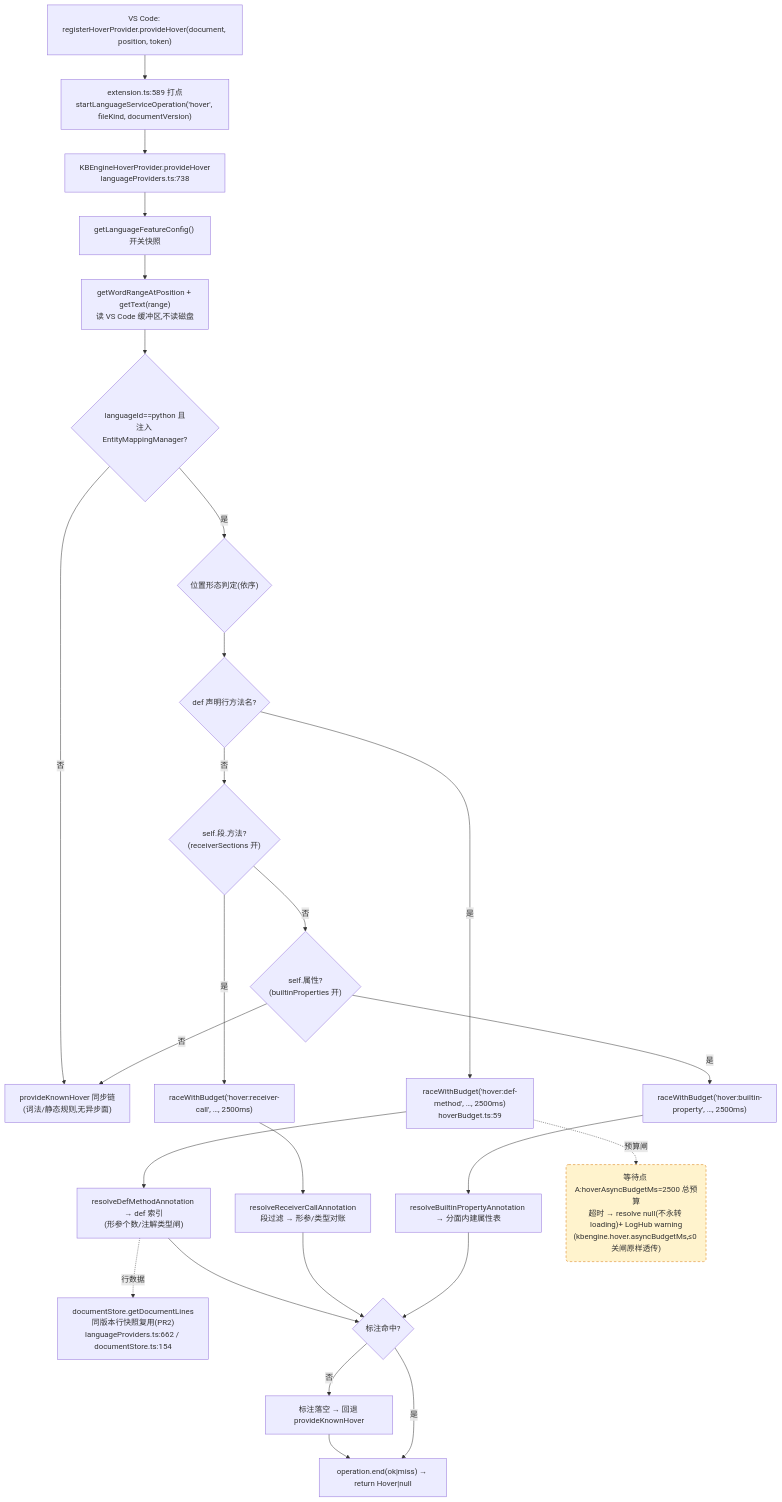
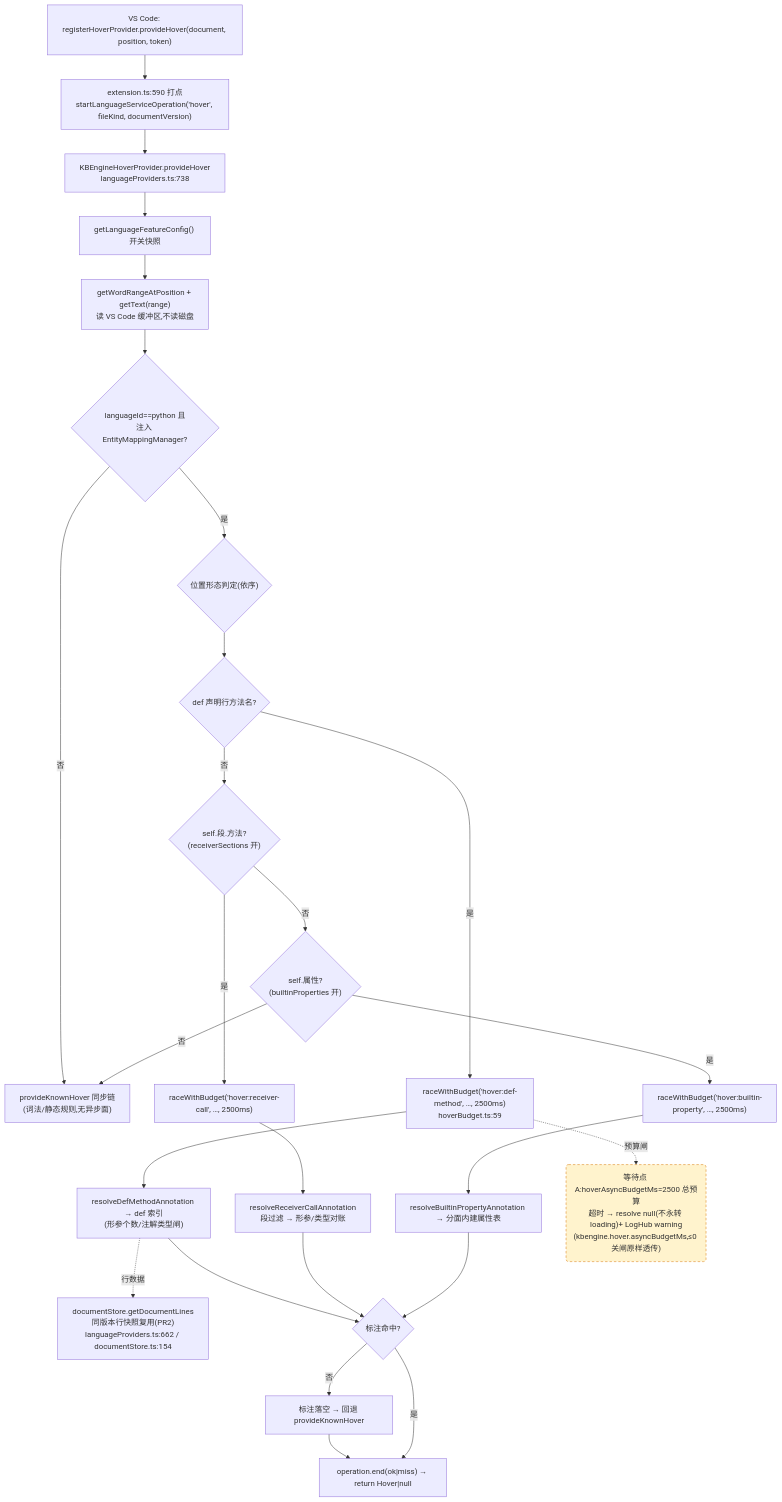
Before and after one commit to cuihairu/kode: the first of 4 diagrams in docs/perf/2026-baseline.md, drawn with Mermaid. The commit also changed other lines of this file and 9 other files, not shown here.

````diff
--- a/docs/perf/2026-baseline.md
+++ b/docs/perf/2026-baseline.md
@@ -82,45 +82,45 @@
 ```mermaid
 flowchart TD
   VC1["VS Code: registerHoverProvider.provideHover(document, position, token)"]
-  M1["extension.ts:589 打点<br/>startLanguageServiceOperation('hover', fileKind, documentVersion)"]
+  M1["extension.ts:590 打点<br/>startLanguageServiceOperation('hover', fileKind, documentVersion)"]
   HP["KBEngineHoverProvider.provideHover<br/>languageProviders.ts:738"]
   CFG["getLanguageFeatureConfig() 开关快照"]
   WORD["getWordRangeAtPosition + getText(range)<br/>读 VS Code 缓冲区,不读磁盘"]
   BR{"languageId==python 且<br/>注入 EntityMappingManager?"}
   KN["provideKnownHover 同步链<br/>(词法/静态规则,无异步面)"]
   POS{"位置形态判定(依序)"}
   D1{"def 声明行方法名?"}
   D2{"self.段.方法?<br/>(receiverSections 开)"}
   D3{"self.属性?<br/>(builtinProperties 开)"}
   RA1["raceWithBudget('hover:def-method', …, 2500ms)<br/>hoverBudget.ts:59"]
   RA2["raceWithBudget('hover:receiver-call', …, 2500ms)"]
   RA3["raceWithBudget('hover:builtin-property', …, 2500ms)"]
   RS1["resolveDefMethodAnnotation → def 索引<br/>(形参个数/注解类型闸)"]
   RS2["resolveReceiverCallAnnotation<br/>段过滤 → 形参/类型对账"]
   RS3["resolveBuiltinPropertyAnnotation → 分面内建属性表"]
   LINES["documentStore.getDocumentLines<br/>同版本行快照复用(PR2)<br/>languageProviders.ts:662 / documentStore.ts:154"]
   MISS["标注落空 → 回退 provideKnownHover"]
   END1["operation.end(ok|miss) → return Hover|null"]
 
   VC1 --> M1 --> HP --> CFG --> WORD --> BR
   BR -- "否" --> KN
   BR -- "是" --> POS --> D1
   D1 -- "是" --> RA1 --> RS1
   D1 -- "否" --> D2
   D2 -- "是" --> RA2 --> RS2
   D2 -- "否" --> D3
   D3 -- "是" --> RA3 --> RS3
   D3 -- "否" --> KN
   RS1 --> HIT{"标注命中?"}
   RS2 --> HIT
   RS3 --> HIT
   RS1 -.->|行数据| LINES
   HIT -- "否" --> MISS --> END1
   HIT -- "是" --> END1
 
   WAITA("等待点 A:hoverAsyncBudgetMs=2500 总预算<br/>超时 → resolve null(不永转 loading)+ LogHub warning<br/>(kbengine.hover.asyncBudgetMs,≤0 关闸原样透传)")
   RA1 -.->|预算闸| WAITA
 
   classDef waitPoint fill:#fff3cd,stroke:#d97706,stroke-dasharray:5 4;
   class WAITA waitPoint;
 ```
````
